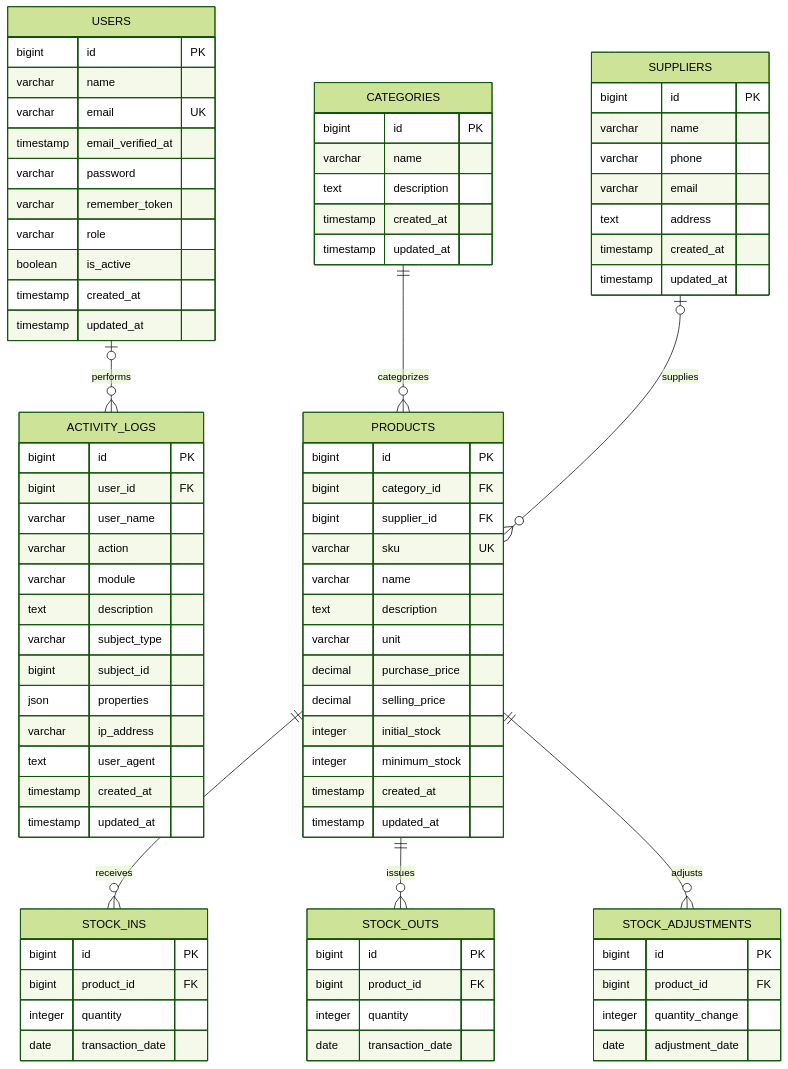
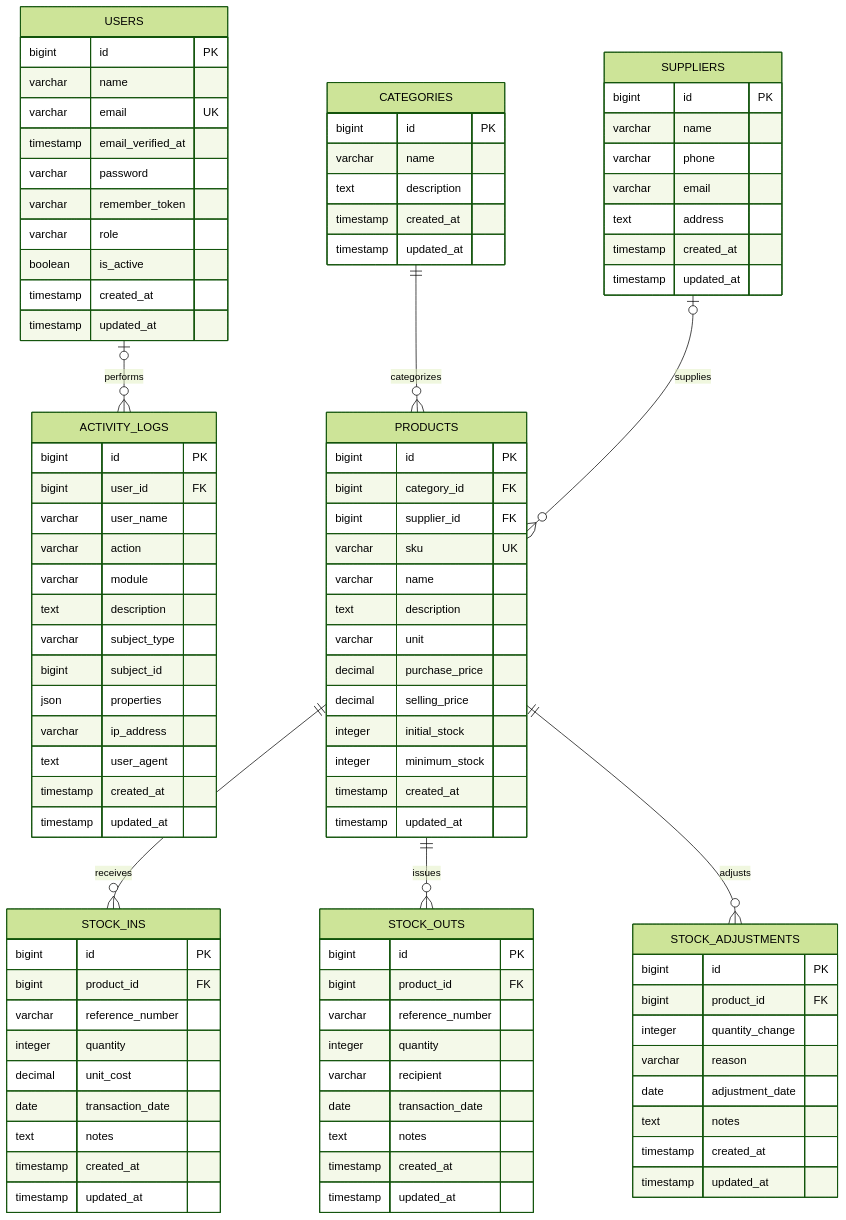
The diagram in docs/erd.md (Hariss1011/StockWise), drawn with Mermaid (forest theme) before and after one commit. The commit also changed other lines of this file, not shown here.

Commit message:
Complete StockWise ERD documentation

````diff
--- a/docs/erd.md
+++ b/docs/erd.md
@@ -77,21 +77,35 @@
     STOCK_INS {
         bigint id PK
         bigint product_id FK
+        varchar reference_number
         integer quantity
+        decimal unit_cost
         date transaction_date
+        text notes
+        timestamp created_at
+        timestamp updated_at
     }
 
     STOCK_OUTS {
         bigint id PK
         bigint product_id FK
+        varchar reference_number
         integer quantity
+        varchar recipient
         date transaction_date
+        text notes
+        timestamp created_at
+        timestamp updated_at
     }
 
     STOCK_ADJUSTMENTS {
         bigint id PK
         bigint product_id FK
         integer quantity_change
+        varchar reason
         date adjustment_date
+        text notes
+        timestamp created_at
+        timestamp updated_at
     }
 ```
````
